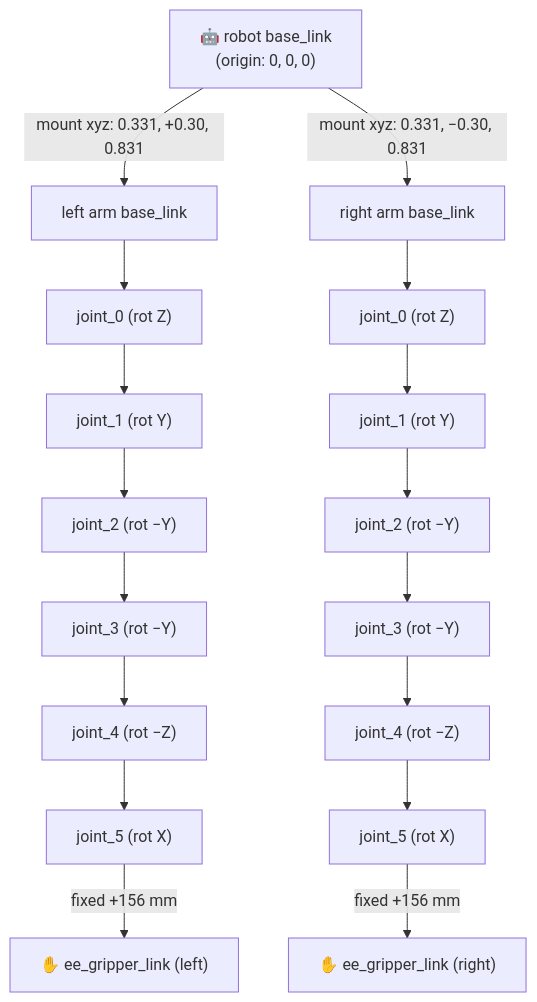
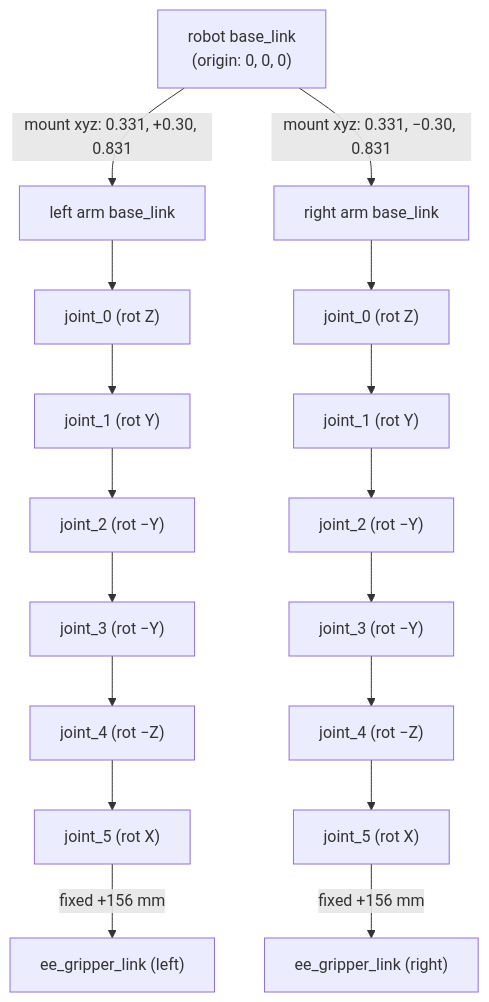
Before and after one commit to tiiuae/lerobot-edge: the first of 5 diagrams in tools/EE_CONVERSION.md, drawn with Mermaid. The commit also changed other lines of this file, not shown here.

````diff
--- a/tools/EE_CONVERSION.md
+++ b/tools/EE_CONVERSION.md
@@ -50,23 +60,23 @@
 ```mermaid
 graph TD
-    BASE["🤖 robot base_link\n(origin: 0, 0, 0)"]
+    BASE["robot base_link\n(origin: 0, 0, 0)"]
 
     BASE -->|"mount xyz: 0.331, +0.30, 0.831"| LBASE["left arm base_link"]
     BASE -->|"mount xyz: 0.331, −0.30, 0.831"| RBASE["right arm base_link"]
 
     LBASE --> LJ0["joint_0  (rot Z)"]
     LJ0   --> LJ1["joint_1  (rot Y)"]
     LJ1   --> LJ2["joint_2  (rot −Y)"]
     LJ2   --> LJ3["joint_3  (rot −Y)"]
     LJ3   --> LJ4["joint_4  (rot −Z)"]
     LJ4   --> LJ5["joint_5  (rot X)"]
-    LJ5   -->|"fixed +156 mm"| LEE["✋ ee_gripper_link  (left)"]
+    LJ5   -->|"fixed +156 mm"| LEE["ee_gripper_link  (left)"]
 
     RBASE --> RJ0["joint_0  (rot Z)"]
     RJ0   --> RJ1["joint_1  (rot Y)"]
     RJ1   --> RJ2["joint_2  (rot −Y)"]
     RJ2   --> RJ3["joint_3  (rot −Y)"]
     RJ3   --> RJ4["joint_4  (rot −Z)"]
     RJ4   --> RJ5["joint_5  (rot X)"]
-    RJ5   -->|"fixed +156 mm"| REE["✋ ee_gripper_link  (right)"]
+    RJ5   -->|"fixed +156 mm"| REE["ee_gripper_link  (right)"]
 ```
````
